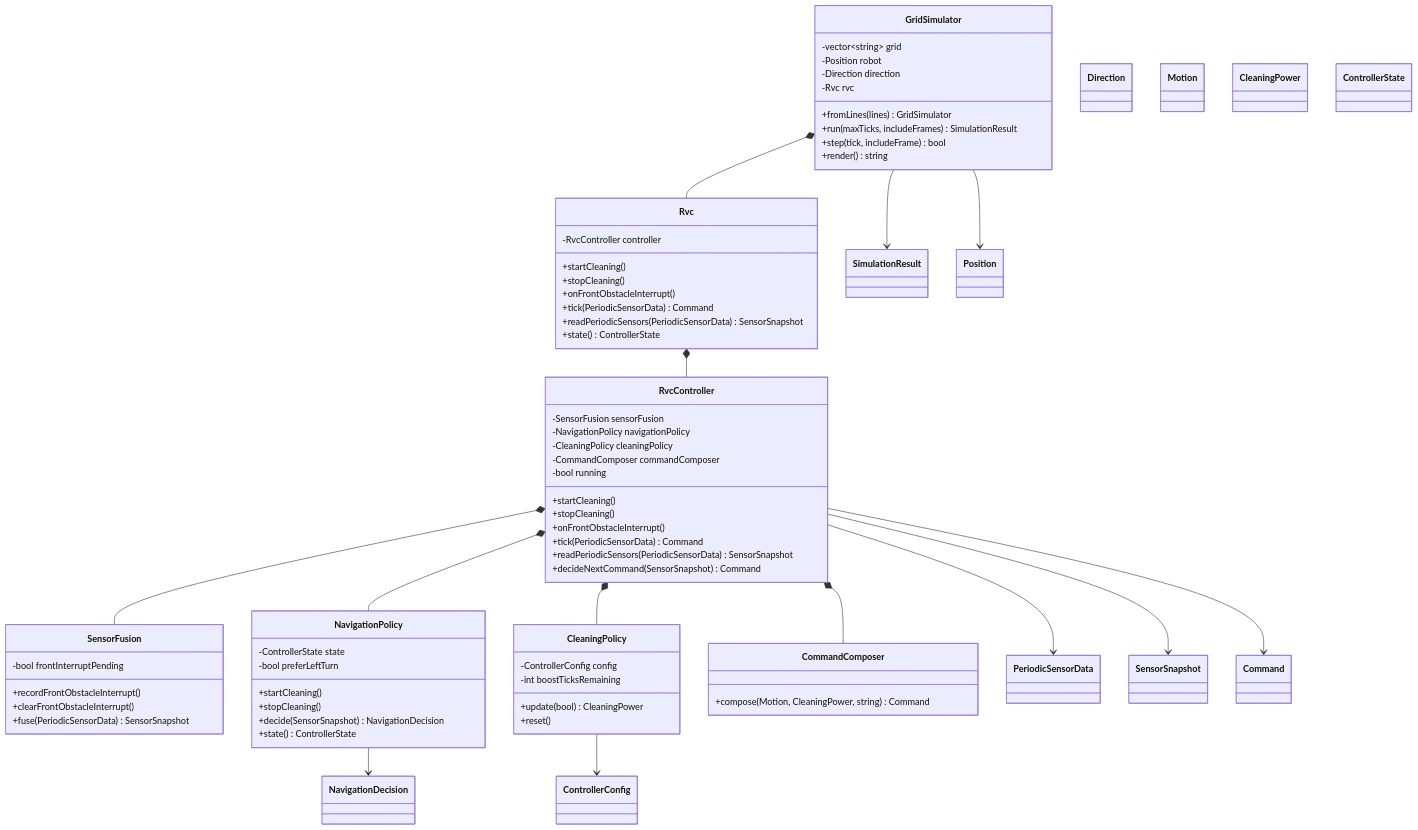
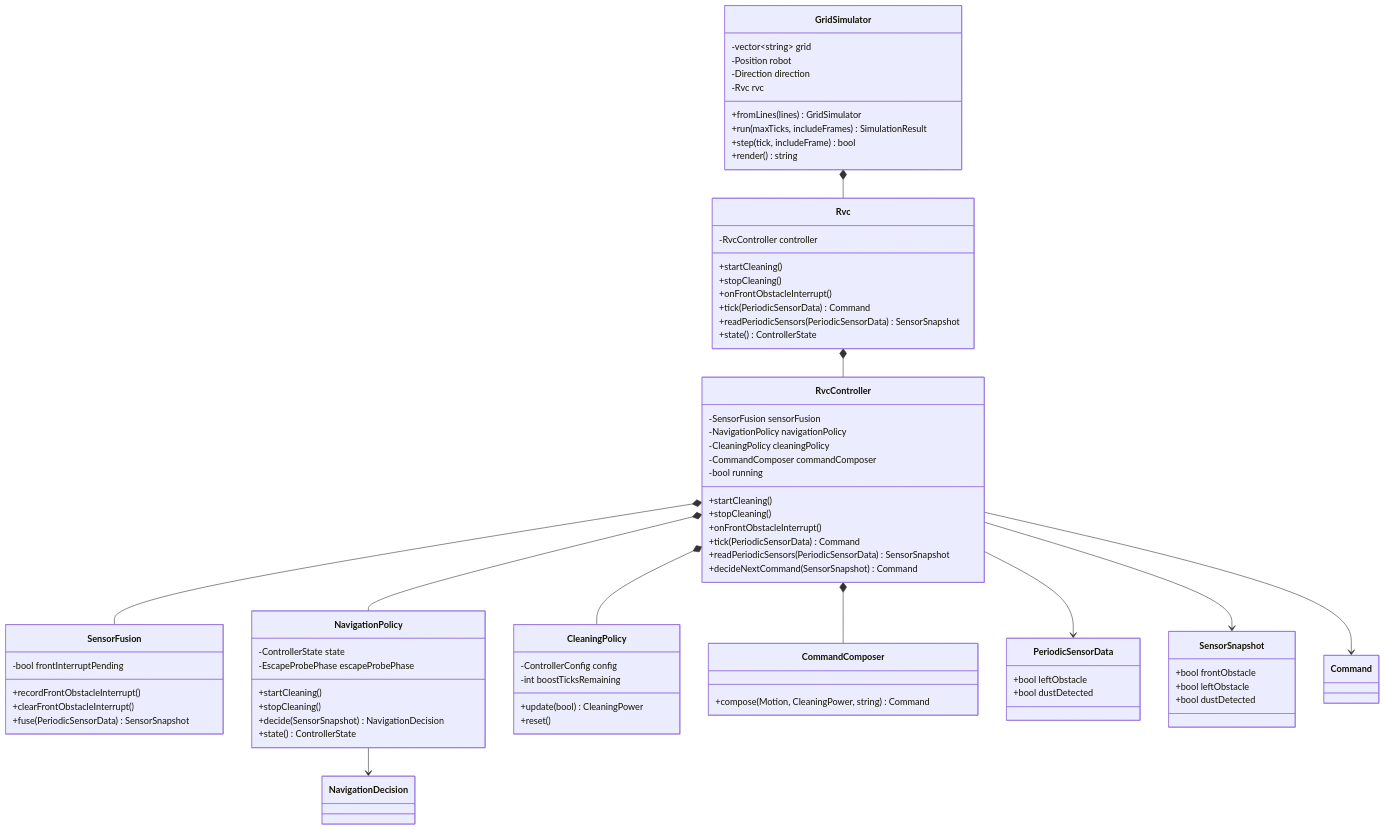
One commit to reload02/ooad-vibe changed the diagram in docs/ood_class_diagram.md. Above: the diagram before and after it, drawn with Mermaid. The commit also changed other lines of this file and 22 other files, not shown here.

First line of the commit message:
Refactor RVC Controller and Navigation Logic

````diff
--- a/docs/ood_class_diagram.md
+++ b/docs/ood_class_diagram.md
@@ -37,7 +37,7 @@
 
     class NavigationPolicy {
         -ControllerState state
-        -bool preferLeftTurn
+        -EscapeProbePhase escapeProbePhase
         +startCleaning()
         +stopCleaning()
         +decide(SensorSnapshot) NavigationDecision
@@ -66,17 +66,16 @@
         +render() string
     }
 
-    class PeriodicSensorData
-    class SensorSnapshot
-    class NavigationDecision
-    class Command
-    class ControllerConfig
-    class SimulationResult
-    class Position
-    class Direction
-    class Motion
-    class CleaningPower
-    class ControllerState
+    class PeriodicSensorData {
+        +bool leftObstacle
+        +bool dustDetected
+    }
+
+    class SensorSnapshot {
+        +bool frontObstacle
+        +bool leftObstacle
+        +bool dustDetected
+    }
 
     Rvc *-- RvcController
     RvcController *-- SensorFusion
@@ -87,8 +86,5 @@
     RvcController --> SensorSnapshot
     RvcController --> Command
     NavigationPolicy --> NavigationDecision
-    CleaningPolicy --> ControllerConfig
     GridSimulator *-- Rvc
-    GridSimulator --> Position
-    GridSimulator --> SimulationResult
 ```
````
